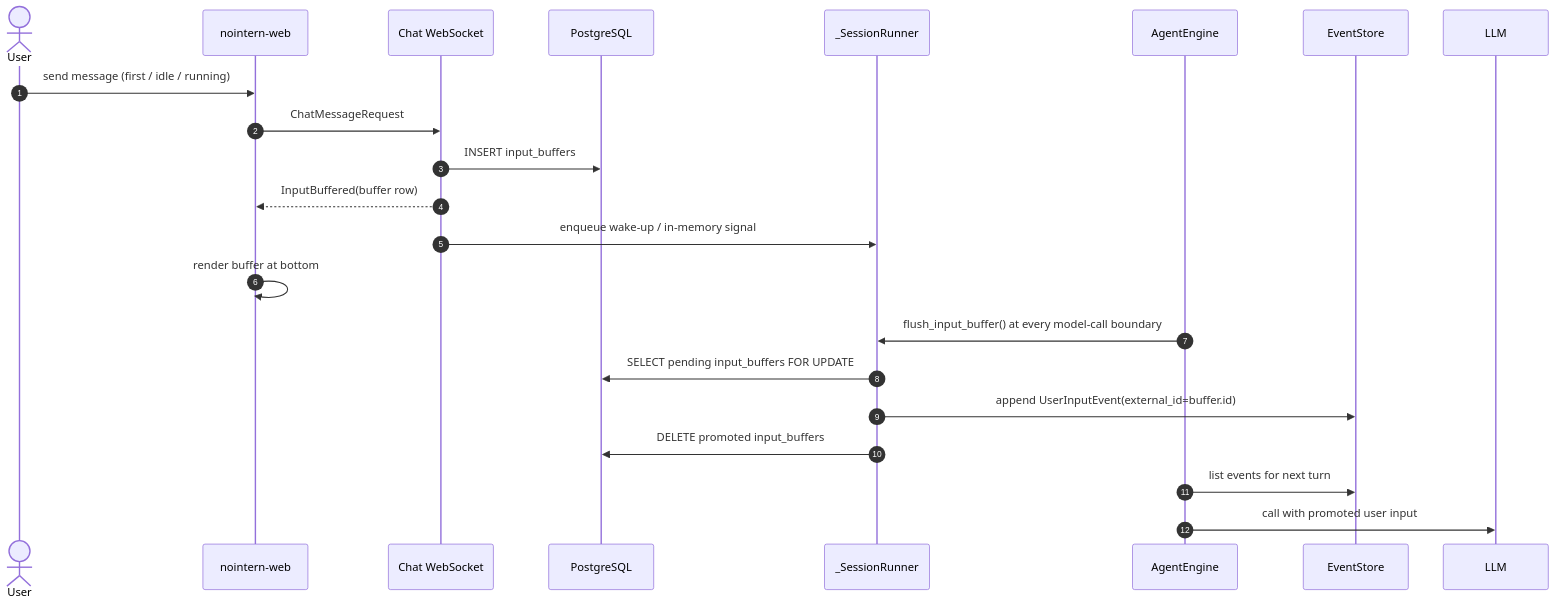
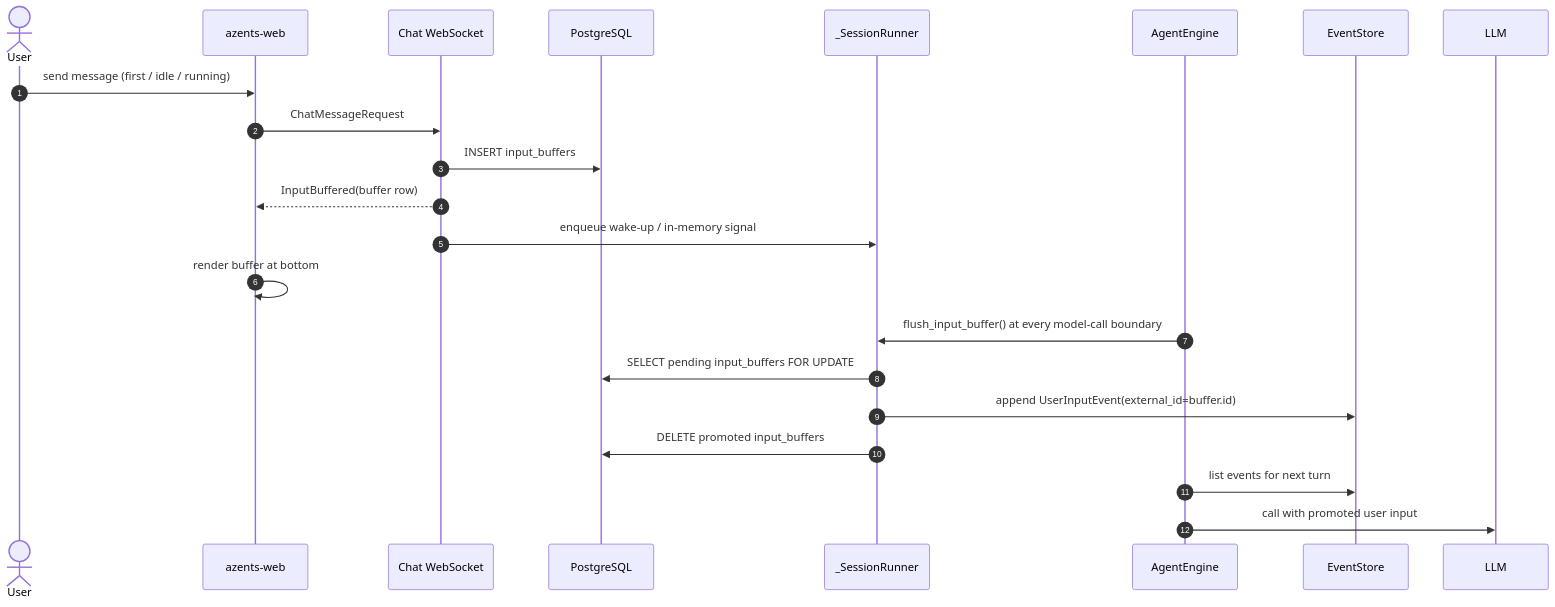
The first of 2 diagrams in docs/azents/design/chat-input-buffer.md (azents/azents), drawn with Mermaid before and after one commit. The commit also changed other lines of this file and 245 other files, not shown here.

````diff
--- a/docs/azents/design/chat-input-buffer.md
+++ b/docs/azents/design/chat-input-buffer.md
@@ -48,26 +48,26 @@
 ```mermaid
 sequenceDiagram
     autonumber
     actor User
-    participant Web as nointern-web
+    participant Web as azents-web
     participant WS as Chat WebSocket
     participant DB as PostgreSQL
     participant Runner as _SessionRunner
     participant Engine as AgentEngine
     participant Store as EventStore
     participant LLM
 
     User->>Web: send message (first / idle / running)
     Web->>WS: ChatMessageRequest
     WS->>DB: INSERT input_buffers
     WS-->>Web: InputBuffered(buffer row)
     WS->>Runner: enqueue wake-up / in-memory signal
     Web->>Web: render buffer at bottom
 
     Engine->>Runner: flush_input_buffer() at every model-call boundary
     Runner->>DB: SELECT pending input_buffers FOR UPDATE
     Runner->>Store: append UserInputEvent(external_id=buffer.id)
     Runner->>DB: DELETE promoted input_buffers
     Engine->>Store: list events for next turn
     Engine->>LLM: call with promoted user input
 ```
````
